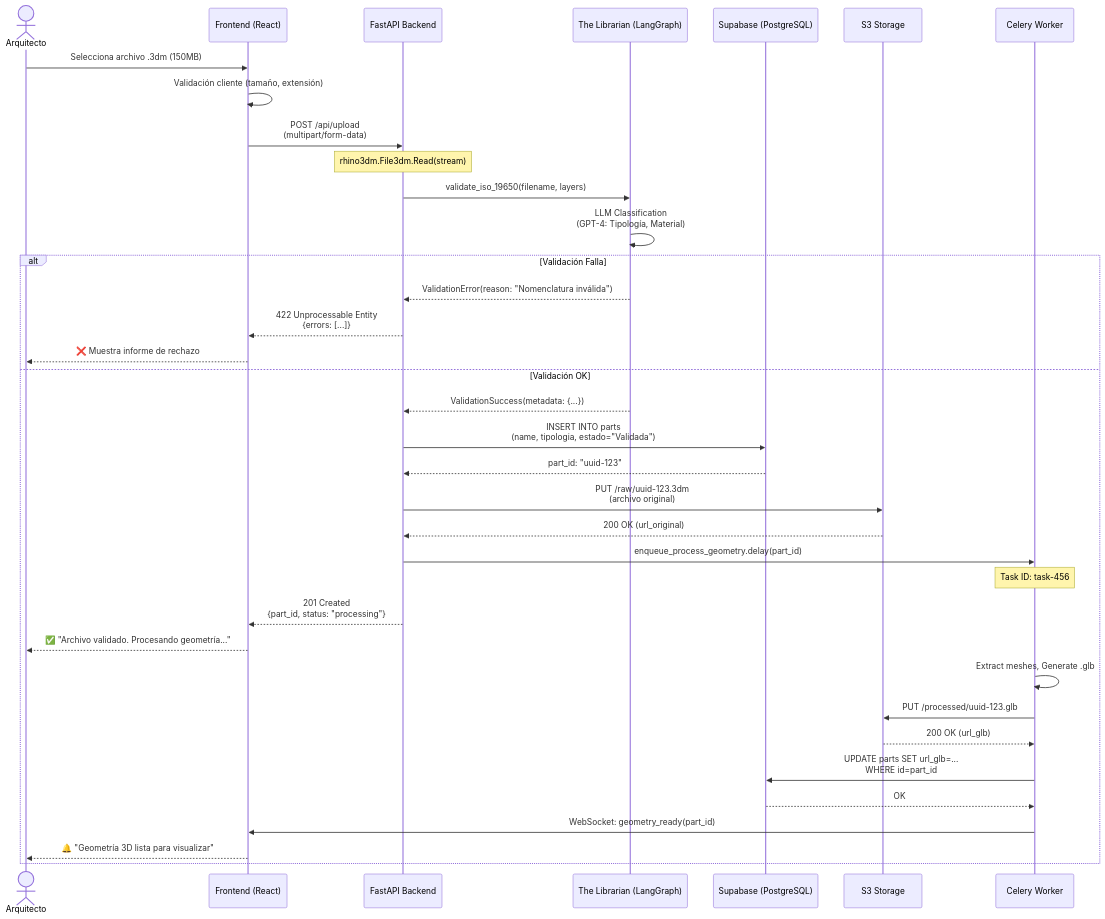
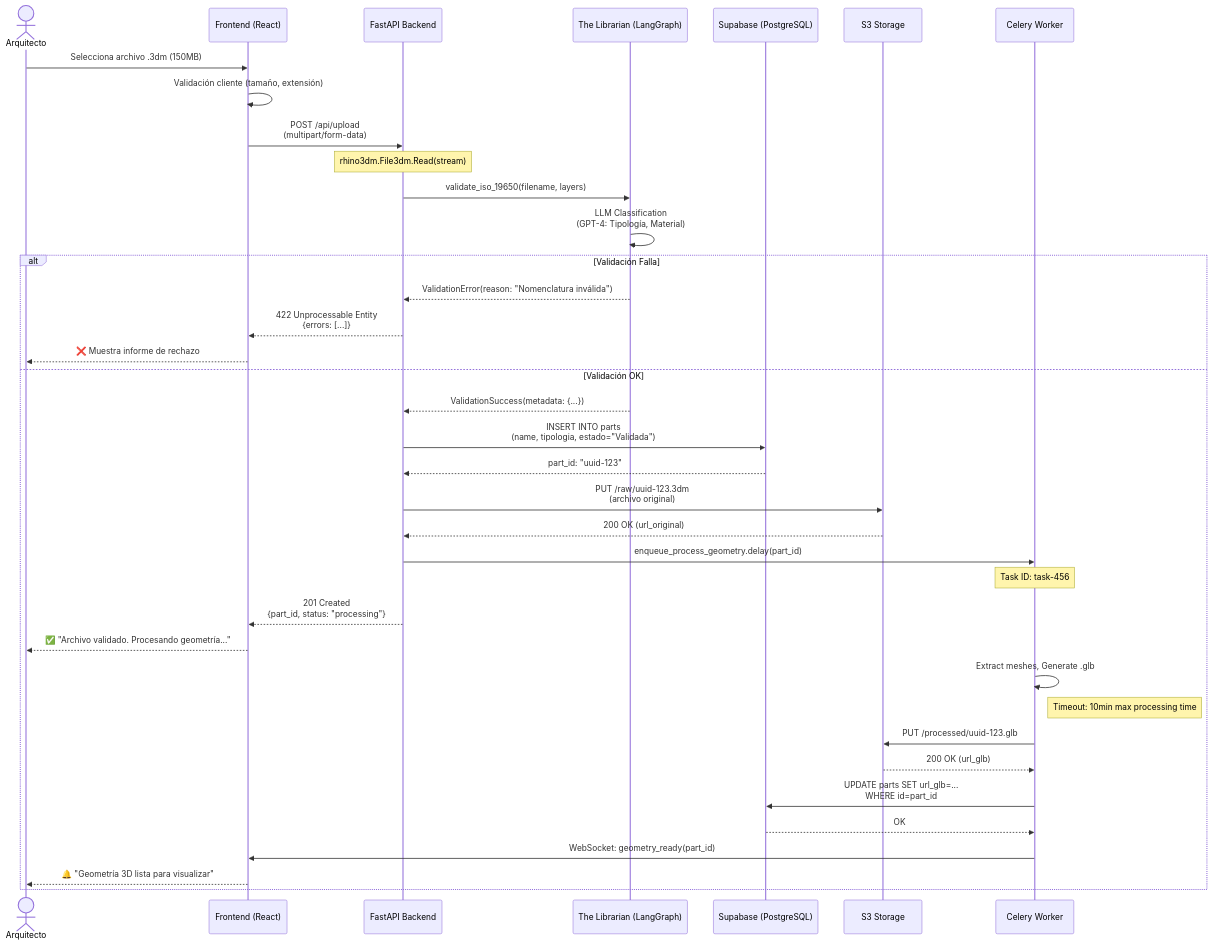
One commit to LIDR-academy/AI4Devs-finalproject changed the second of 7 diagrams in docs/04-use-cases.md. Above: the diagram before and after it, drawn with Mermaid. The commit also changed other lines of this file and 21 other files, not shown here.

````diff
--- a/docs/04-use-cases.md
+++ b/docs/04-use-cases.md
@@ -75,49 +90,50 @@
 ```mermaid
 sequenceDiagram
     actor User as Arquitecto
     participant FE as Frontend (React)
     participant API as FastAPI Backend
     participant Agent as The Librarian (LangGraph)
     participant DB as Supabase (PostgreSQL)
     participant Storage as S3 Storage
     participant Queue as Celery Worker
 
     User->>FE: Selecciona archivo .3dm (150MB)
     FE->>FE: Validación cliente (tamaño, extensión)
     
     FE->>API: POST /api/upload<br/>(multipart/form-data)
     Note over API: rhino3dm.File3dm.Read(stream)
     
     API->>Agent: validate_iso_19650(filename, layers)
     Agent->>Agent: LLM Classification<br/>(GPT-4: Tipología, Material)
     
     alt Validación Falla
         Agent-->>API: ValidationError(reason: "Nomenclatura inválida")
         API-->>FE: 422 Unprocessable Entity<br/>{errors: [...]}
         FE-->>User: ❌ Muestra informe de rechazo
     else Validación OK
         Agent-->>API: ValidationSuccess(metadata: {...})
         
         API->>DB: INSERT INTO parts<br/>(name, tipologia, estado="Validada")
         DB-->>API: part_id: "uuid-123"
         
         API->>Storage: PUT /raw/uuid-123.3dm<br/>(archivo original)
         Storage-->>API: 200 OK (url_original)
         
         API->>Queue: enqueue_process_geometry.delay(part_id)
         Note over Queue: Task ID: task-456
         
         API-->>FE: 201 Created<br/>{part_id, status: "processing"}
         FE-->>User: ✅ "Archivo validado. Procesando geometría..."
         
         Queue->>Queue: Extract meshes, Generate .glb
+        Note right of Queue: Timeout: 10min max processing time
         Queue->>Storage: PUT /processed/uuid-123.glb
         Storage-->>Queue: 200 OK (url_glb)
         
         Queue->>DB: UPDATE parts SET url_glb=...<br/>WHERE id=part_id
         DB-->>Queue: OK
         
         Queue->>FE: WebSocket: geometry_ready(part_id)
         FE-->>User: 🔔 "Geometría 3D lista para visualizar"
     end
 ```
````
